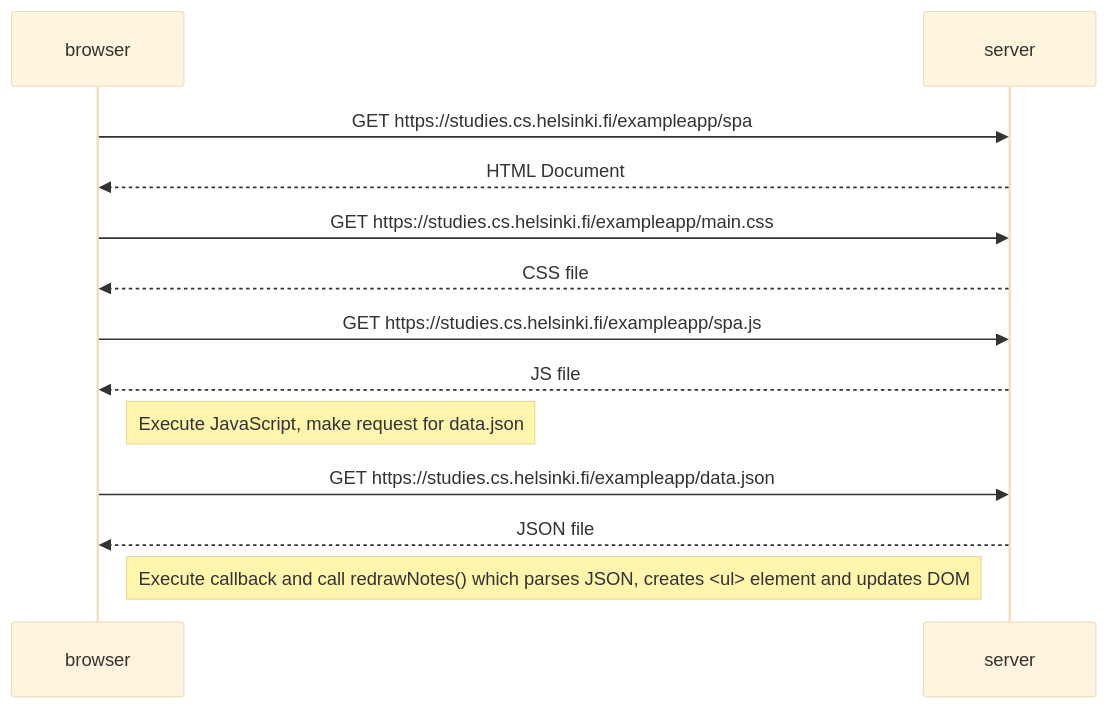
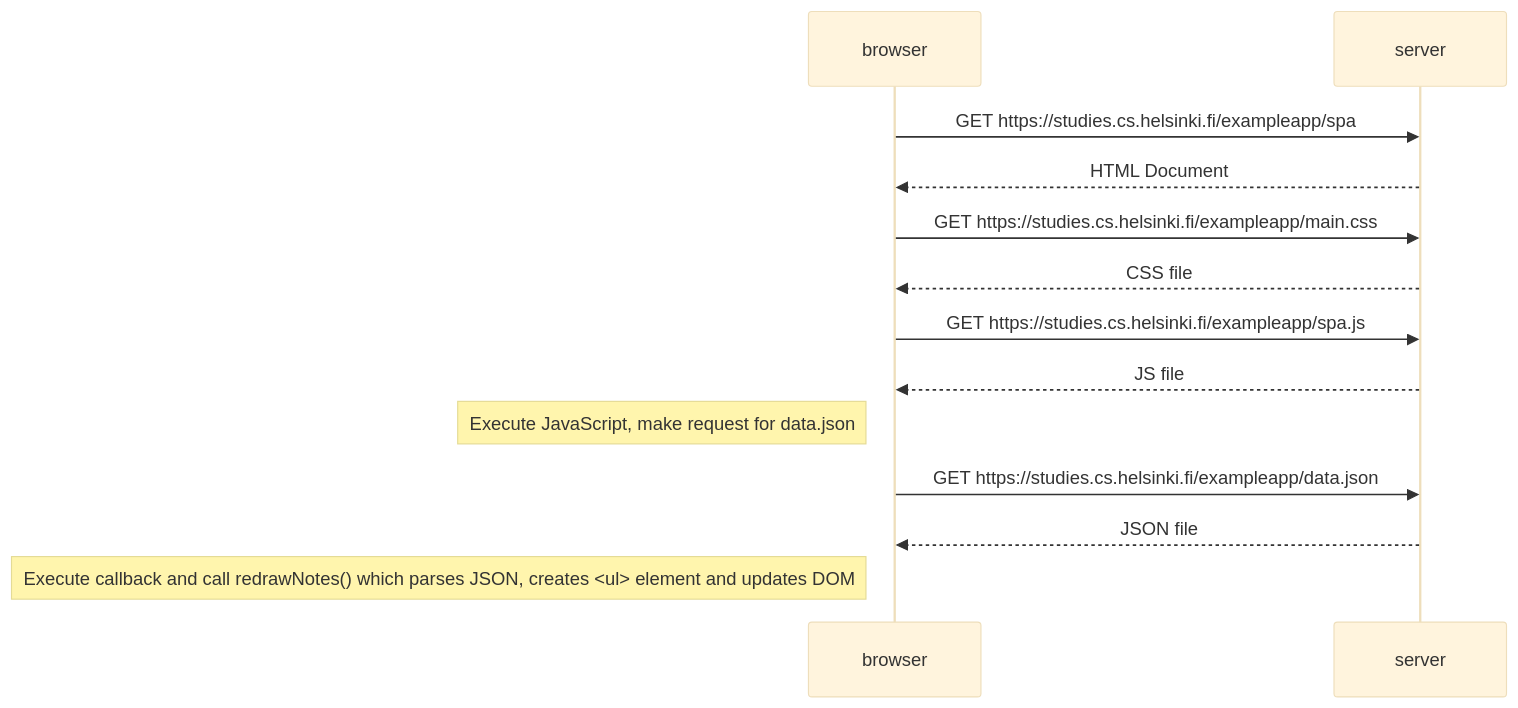
The diagram in part0/0.5.md (justanotherrandomuser386/fullstackopenexercises), drawn with Mermaid (base theme) before and after one commit.

````diff
--- a/part0/0.5.md
+++ b/part0/0.5.md
@@ -1,22 +1,22 @@
 ```mermaid
 sequenceDiagram
   participant browser
   participant server
 
 
   browser->>server: GET https://studies.cs.helsinki.fi/exampleapp/spa
   server-->>browser: HTML Document
 
   browser->>server: GET https://studies.cs.helsinki.fi/exampleapp/main.css
   server-->>browser: CSS file 
 
   browser->>server: GET  https://studies.cs.helsinki.fi/exampleapp/spa.js
   server-->>browser: JS file
 
-  Note right of browser: Execute JavaScript, make request for data.json
+  Note left of browser: Execute JavaScript, make request for data.json
 
   browser->>server: GET https://studies.cs.helsinki.fi/exampleapp/data.json
   server-->>browser: JSON file
 
-  Note right of browser: Execute callback and call redrawNotes() which parses JSON, creates <ul> element and updates DOM
+  Note left of browser: Execute callback and call redrawNotes() which parses JSON, creates <ul> element and updates DOM
   ```
````
